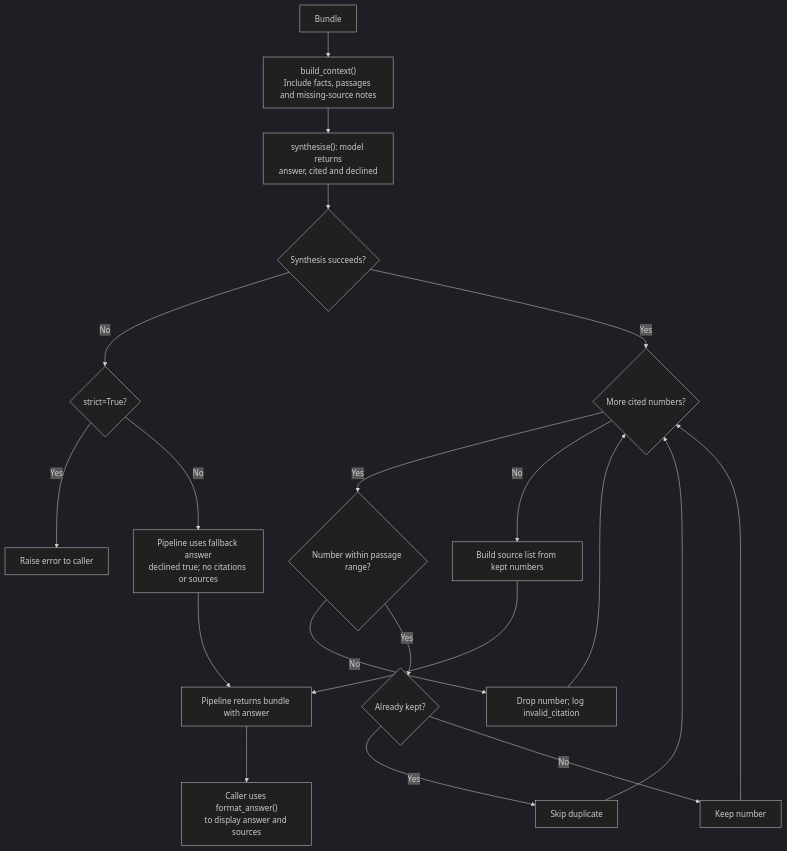
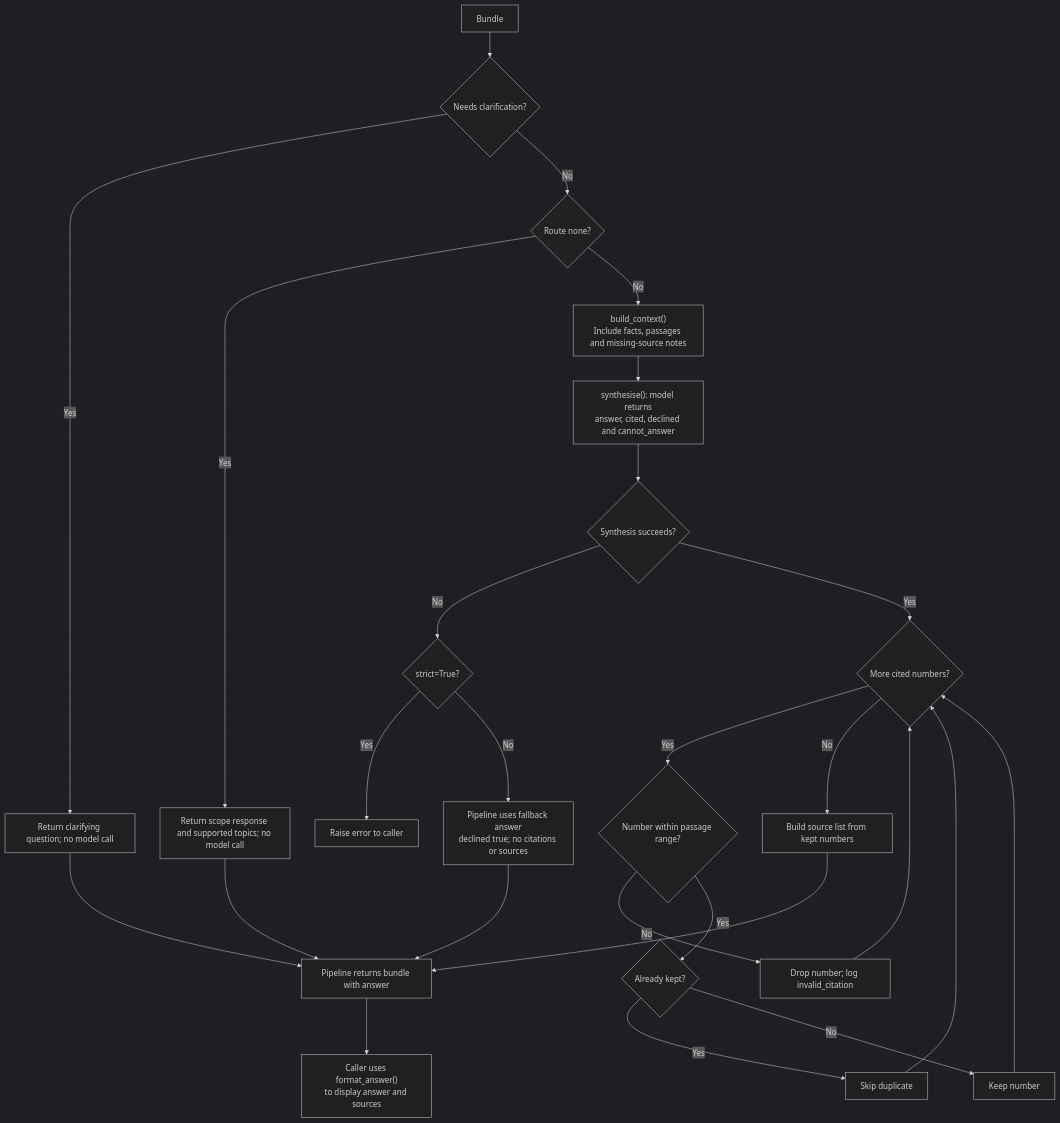
One commit to edwardbyl00/Gen-AI-and-LLM-Project changed the sixth of 6 diagrams in Docs/supervisor_guide.md. Above: the diagram before and after it, drawn with Mermaid (dark theme). The commit also changed other lines of this file and 61 other files, not shown here.

````diff
--- a/Docs/supervisor_guide.md
+++ b/Docs/supervisor_guide.md
@@ -157,22 +174,28 @@
 ```mermaid
 flowchart TD
-    BUNDLE[Bundle] --> CONTEXT["build_context()<br/>Include facts, passages and missing-source notes"]
-    CONTEXT --> MODEL["synthesise(): model returns<br/>answer, cited and declined"]
+    BUNDLE[Bundle] --> CLARIFY{Needs clarification?}
+    CLARIFY -->|Yes| ASK[Return clarifying question; no model call]
+    CLARIFY -->|No| SCOPE{Route none?}
+    SCOPE -->|Yes| DECLINE[Return scope response and supported topics; no model call]
+    SCOPE -->|No| CONTEXT["build_context()<br/>Include facts, passages and missing-source notes"]
+    CONTEXT --> MODEL["synthesise(): model returns<br/>answer, cited, declined and cannot_answer"]
     MODEL --> OK{Synthesis succeeds?}
     OK -->|No| STRICT{strict=True?}
     STRICT -->|Yes| ERR[Raise error to caller]
     STRICT -->|No| FALLBACK[Pipeline uses fallback answer<br/>declined true; no citations or sources]
     OK -->|Yes| NEXT{More cited numbers?}
     NEXT -->|Yes| VALID{Number within passage range?}
     VALID -->|No| INVALID[Drop number; log invalid_citation]
     INVALID --> NEXT
     VALID -->|Yes| DUP{Already kept?}
     DUP -->|Yes| SKIP[Skip duplicate]
     DUP -->|No| KEEP[Keep number]
     SKIP --> NEXT
     KEEP --> NEXT
     NEXT -->|No| SOURCES[Build source list from kept numbers]
     SOURCES --> RETURN[Pipeline returns bundle with answer]
     FALLBACK --> RETURN
+    ASK --> RETURN
+    DECLINE --> RETURN
     RETURN --> FORMAT["Caller uses format_answer()<br/>to display answer and sources"]
 ```
````
